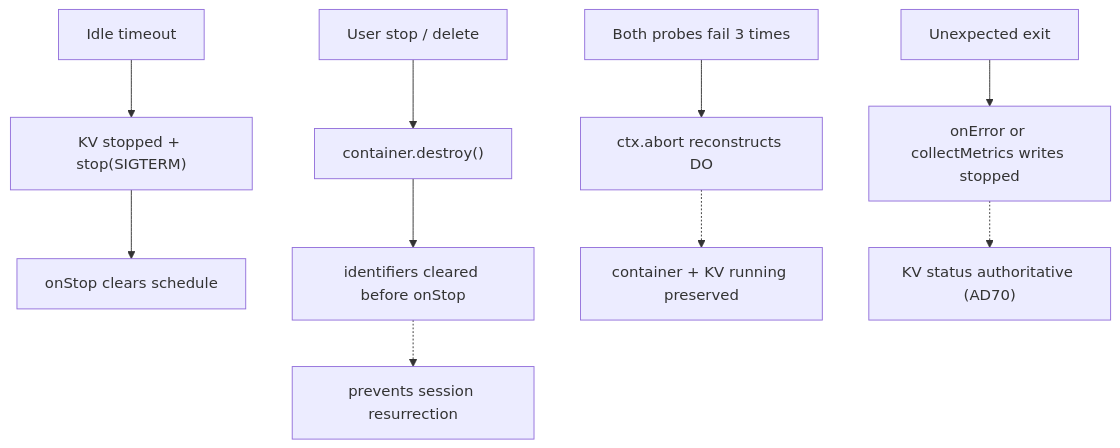
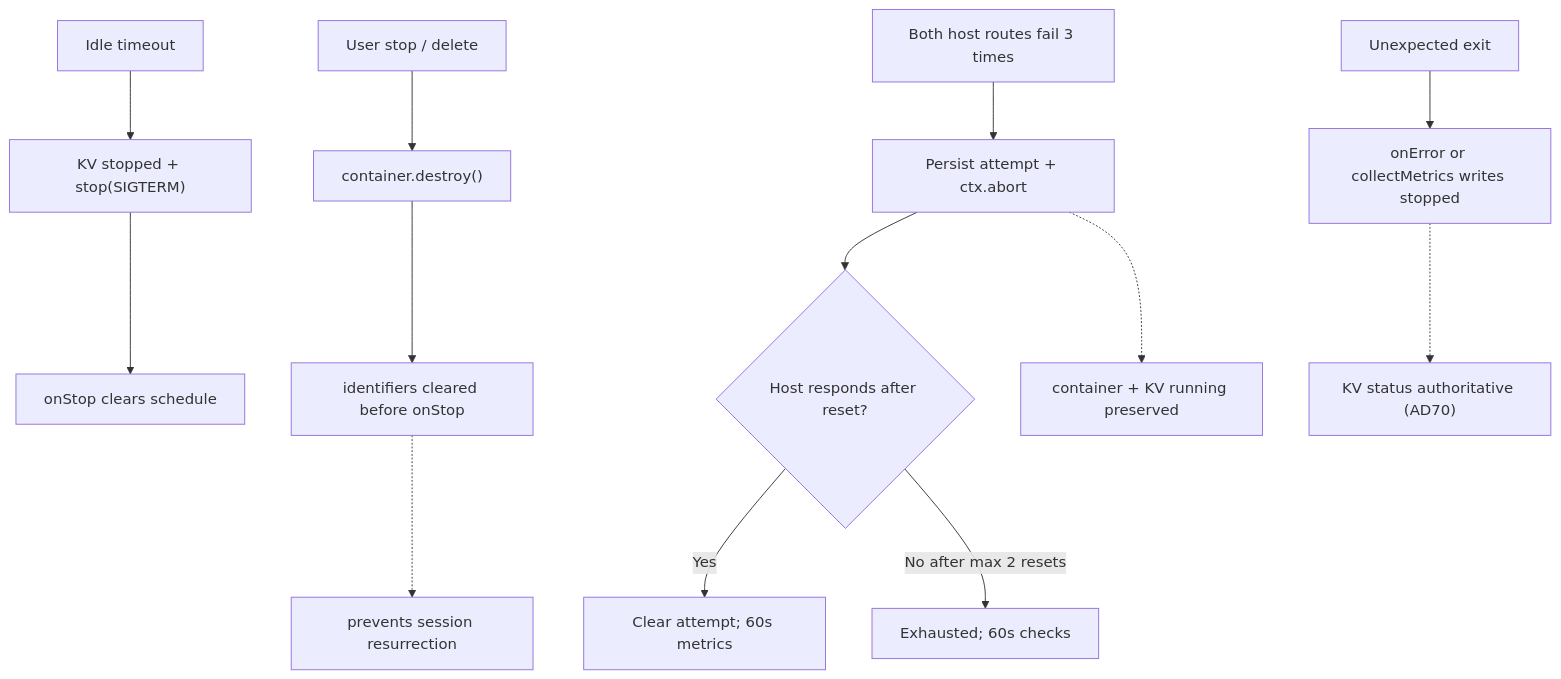
Before and after one commit to nikolanovoselec/codeflare: the fifth of 11 diagrams in documentation/lanes/architecture.md, drawn with Mermaid. The commit also changed other lines of this file and 13 other files, not shown here.

````diff
--- a/documentation/lanes/architecture.md
+++ b/documentation/lanes/architecture.md
@@ -461,12 +463,15 @@
 ```mermaid
 flowchart TD
     I1["Idle timeout"] --> I2["KV stopped + stop(SIGTERM)"]
     I2 --> I3["onStop clears schedule"]
     U1["User stop / delete"] --> U2["container.destroy()"]
     U2 --> U3["identifiers cleared before onStop"]
-    R1["Both probes fail 3 times"] --> R2["ctx.abort reconstructs DO"]
+    R1["Both host routes fail 3 times"] --> R2["Persist attempt + ctx.abort"]
+    R2 --> R3{"Host responds after reset?"}
+    R3 -->|"Yes"| A["Clear attempt; 60s metrics"]
+    R3 -->|"No after max 2 resets"| E["Exhausted; 60s checks"]
     X1["Unexpected exit"] --> X2["onError or collectMetrics writes stopped"]
     U3 -.-> K["prevents session resurrection"]
-    R2 -.-> A["container + KV running preserved"]
+    R2 -.-> P["container + KV running preserved"]
     X2 -.-> B["KV status authoritative (AD70)"]
 ```
````
